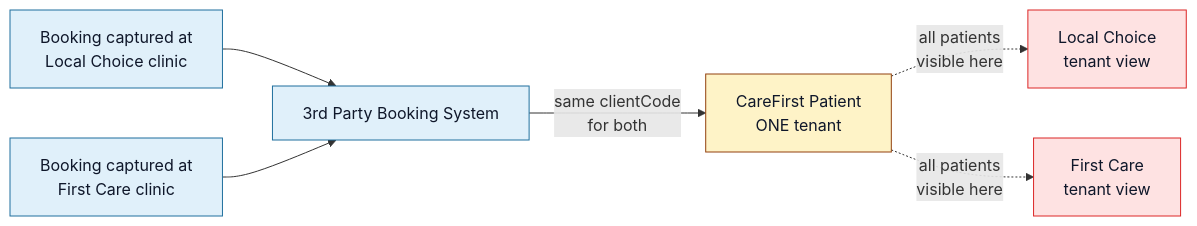
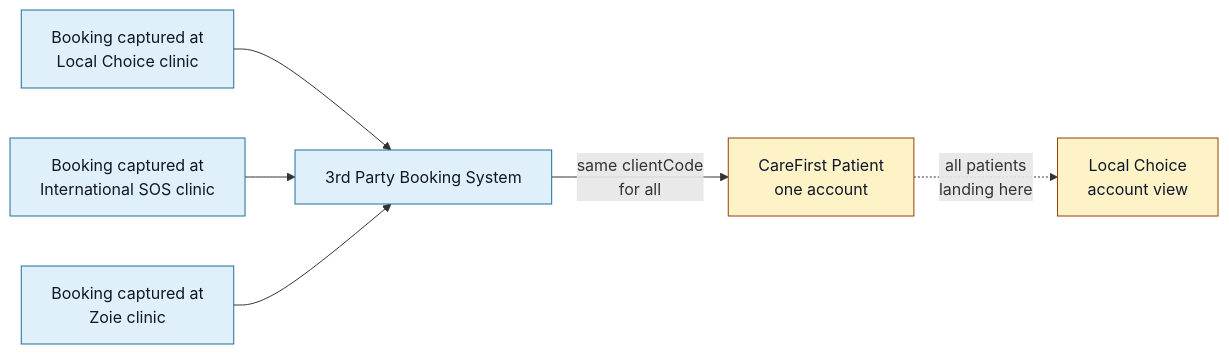
Before and after one commit to LuckyDaWizard/3rd-Party-Booking-System: the first of 3 diagrams in booking-app/content/reports/multi-client-routing.mdx, drawn with Mermaid. The commit also changed other lines of this file, not shown here.

````diff
--- a/booking-app/content/reports/multi-client-routing.mdx
+++ b/booking-app/content/reports/multi-client-routing.mdx
@@ -59,15 +61,14 @@
 ```mermaid
 flowchart LR
     LC[Booking captured at<br/>Local Choice clinic] --> US[3rd Party Booking System]
-    FCS[Booking captured at<br/>First Care clinic] --> US
-    US -->|same clientCode<br/>for both| CF[CareFirst Patient<br/>ONE tenant]
-    CF -.->|all patients<br/>visible here| LCT[Local Choice<br/>tenant view]
-    CF -.->|all patients<br/>visible here| FCT[First Care<br/>tenant view]
+    ISOS[Booking captured at<br/>International SOS clinic] --> US
+    ZOIE[Booking captured at<br/>Zoie clinic] --> US
+    US -->|same clientCode<br/>for all| CF[CareFirst Patient<br/>one account]
+    CF -.->|all patients<br/>landing here| LCT[Local Choice<br/>account view]
 
     classDef us    fill:#e0f0fa,stroke:#1f6f9d,color:#0f172a;
     classDef warn  fill:#fef3c7,stroke:#92400e,color:#0f172a;
-    classDef bad   fill:#fee2e2,stroke:#dc2626,color:#0f172a;
-    class LC,FCS,US us;
+    class LC,ISOS,ZOIE,US us;
     class CF warn;
-    class LCT,FCT bad;
+    class LCT warn;
 ```
````
